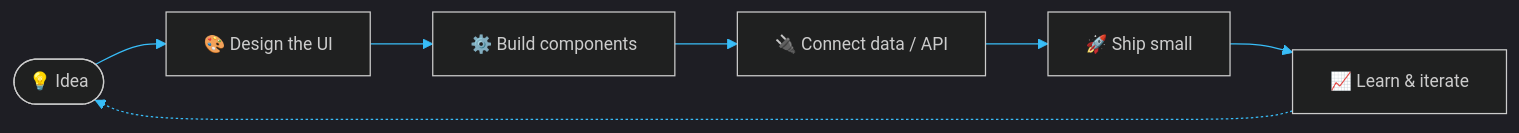
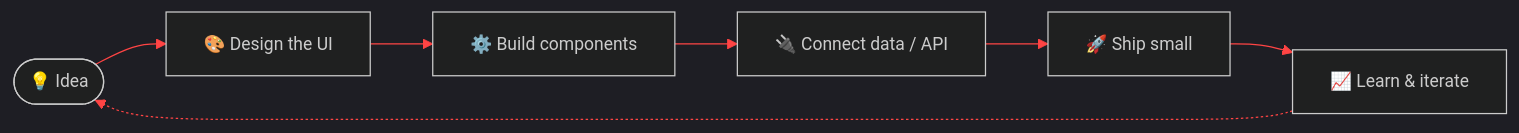
Before and after one commit to ArifiXion/ArifiXion: the diagram in README.md, drawn with Mermaid. The commit also changed other lines of this file, not shown here.

````diff
--- a/README.md
+++ b/README.md
@@ -57,10 +57,10 @@
 ```mermaid
-%%{init: {'theme':'dark','themeVariables':{'primaryColor':'#0f1a2e','primaryTextColor':'#ffffff','primaryBorderColor':'#38bdf8','lineColor':'#38bdf8','fontSize':'14px'}}}%%
+%%{init: {'theme':'dark','themeVariables':{'primaryColor':'#2a0a0a','primaryTextColor':'#ffffff','primaryBorderColor':'#ff4444','lineColor':'#ff4444','fontSize':'14px'}}}%%
 flowchart LR
     A([💡 Idea]) --> B[🎨 Design the UI]
     B --> C[⚙️ Build components]
     C --> D[🔌 Connect data / API]
     D --> E[🚀 Ship small]
     E --> F[📈 Learn & iterate]
     F -.-> A
 ```
````
